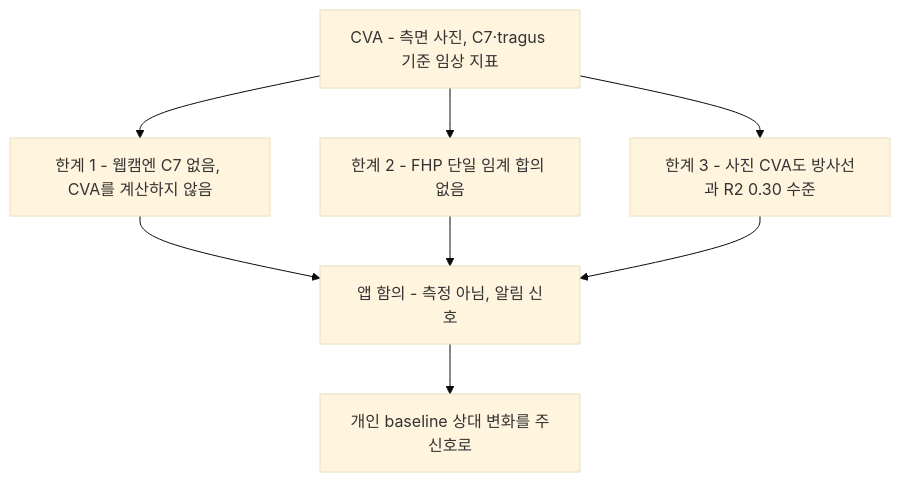
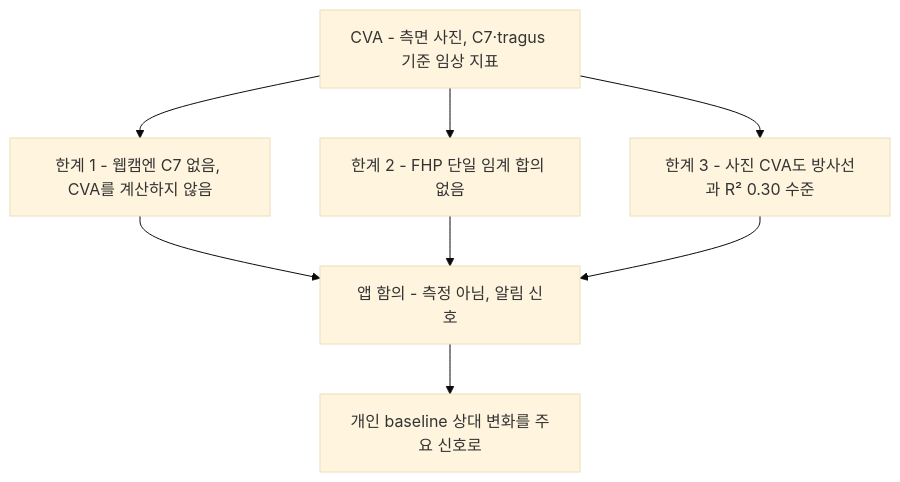
Before and after one commit to kimchanhyung98/turtlemeck: the diagram in docs/algorithm/pose-estimation/related-cva-metrics.md, drawn with Mermaid (base theme). The commit also changed other lines of this file and 84 other files, not shown here.

````diff
--- a/docs/algorithm/pose-estimation/related-cva-metrics.md
+++ b/docs/algorithm/pose-estimation/related-cva-metrics.md
@@ -16,11 +16,11 @@
 ```mermaid
 flowchart TD
     C["CVA - 측면 사진, C7·tragus 기준 임상 지표"]
     C --> L1["한계 1 - 웹캠엔 C7 없음, CVA를 계산하지 않음"]
     C --> L2["한계 2 - FHP 단일 임계 합의 없음"]
-    C --> L3["한계 3 - 사진 CVA도 방사선과 R2 0.30 수준"]
+    C --> L3["한계 3 - 사진 CVA도 방사선과 R² 0.30 수준"]
     L1 --> A["앱 함의 - 측정 아님, 알림 신호"]
     L2 --> A
     L3 --> A
-    A --> B["개인 baseline 상대 변화를 주신호로"]
+    A --> B["개인 baseline 상대 변화를 주요 신호로"]
 ```
````
